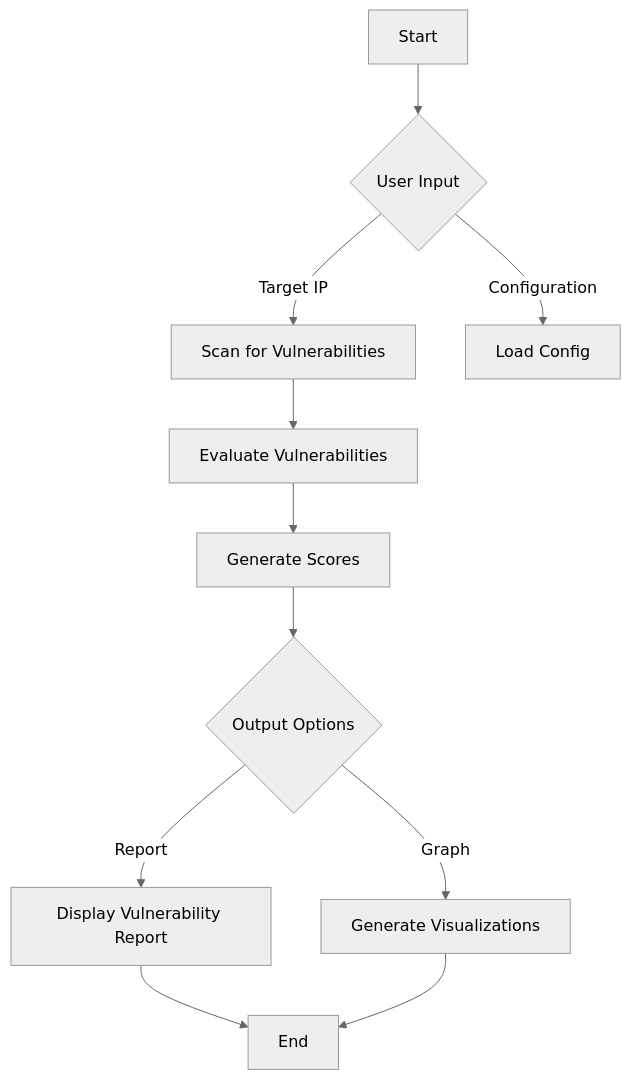
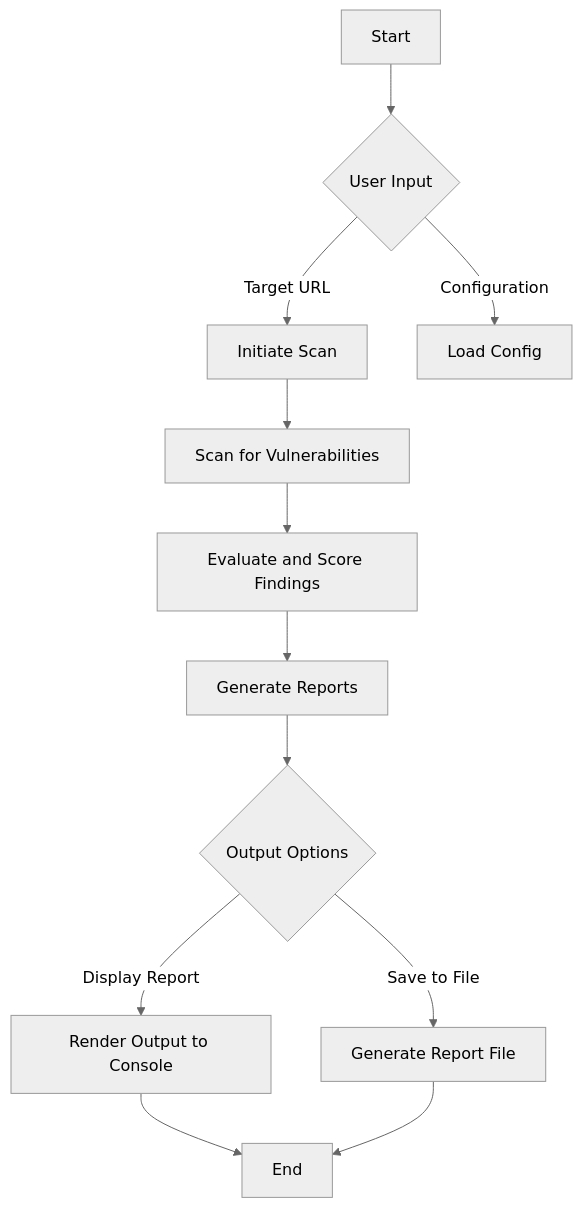
Before and after one commit to elithaxxor/VulnR_ScannR: the diagram in README.md, drawn with Mermaid (neutral theme). The commit also changed other lines of this file, not shown here.

````diff
--- a/README.md
+++ b/README.md
@@ -60,13 +73,14 @@
 ```mermaid
 flowchart TD
     A[Start] --> B{User Input}
-    B -->|Target IP| C[Scan for Vulnerabilities]
+    B -->|Target URL| C[Initiate Scan]
     B -->|Configuration| D[Load Config]
-    C --> E[Evaluate Vulnerabilities]
-    E --> F[Generate Scores]
-    F --> G{Output Options}
-    G -->|Report| H[Display Vulnerability Report]
-    G -->|Graph| I[Generate Visualizations]
-    H --> J[End]
-    I --> J
+    C --> E[Scan for Vulnerabilities]
+    E --> F[Evaluate and Score Findings]
+    F --> G[Generate Reports]
+    G --> H{Output Options}
+    H -->|Display Report| I[Render Output to Console]
+    H -->|Save to File| J[Generate Report File]
+    I --> K[End]
+    J --> K
 ```
````
